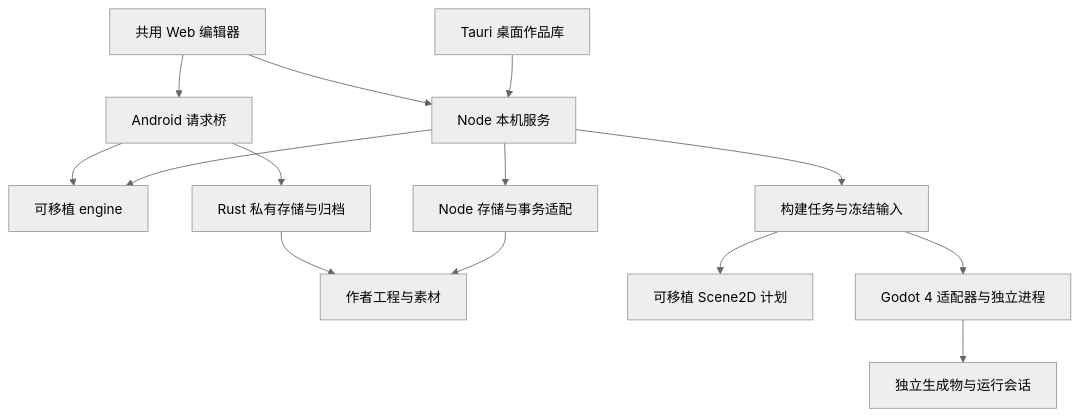
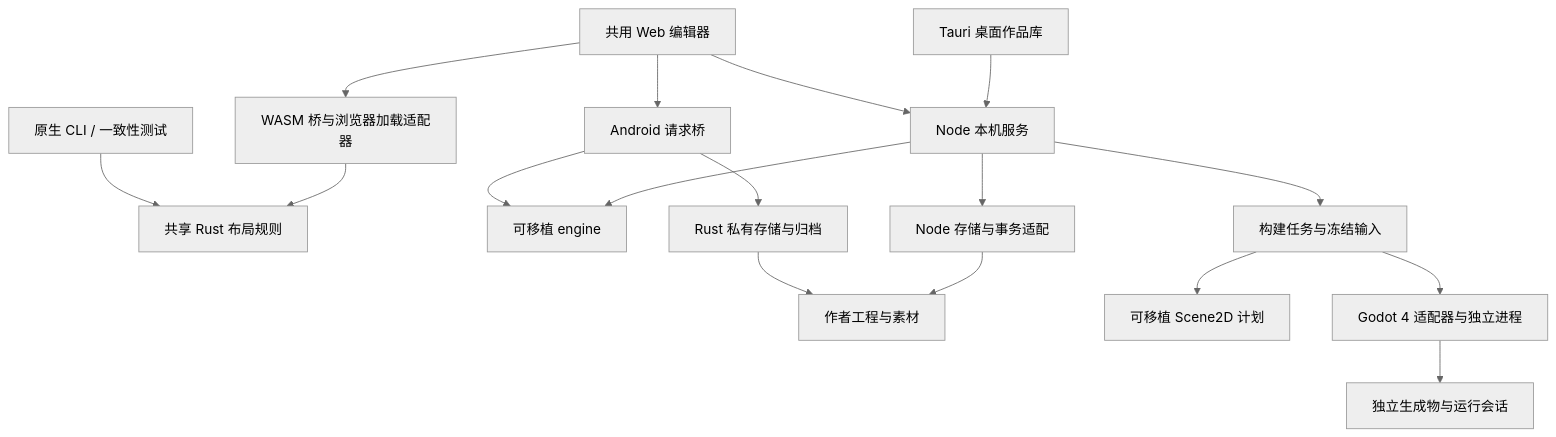
Before and after one commit to Team-silvortex/viento-studio: the first of 2 diagrams in docs/ARCHITECTURE.md, drawn with Mermaid (neutral theme). The commit also changed other lines of this file and 482 other files, not shown here.

````diff
--- a/docs/ARCHITECTURE.md
+++ b/docs/ARCHITECTURE.md
@@ -22,16 +23,19 @@
 ```mermaid
 flowchart TB
   Desktop[Tauri 桌面作品库] --> Node[Node 本机服务]
   Web[共用 Web 编辑器] --> Node
+  Web --> Wasm[WASM 桥与浏览器加载适配器]
+  Wasm --> SharedRust[共享 Rust 布局规则]
+  NativeCheck[原生 CLI / 一致性测试] --> SharedRust
   Web --> Mobile[Android 请求桥]
   Node --> Core[可移植 engine]
   Mobile --> Core
   Node --> IO[Node 存储与事务适配]
   Mobile --> Rust[Rust 私有存储与归档]
   IO --> Source[作者工程与素材]
   Rust --> Source
   Node --> Build[构建任务与冻结输入]
   Build --> Plan[可移植 Scene2D 计划]
   Build --> Godot[Godot 4 适配器与独立进程]
   Godot --> Output[独立生成物与运行会话]
 ```
````
